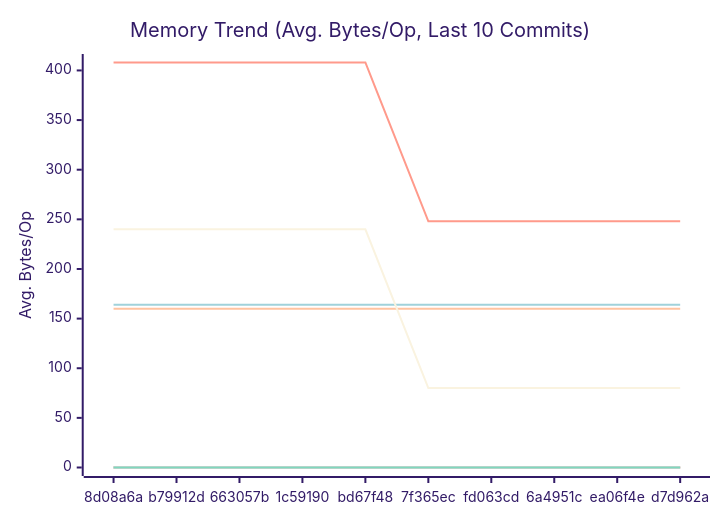
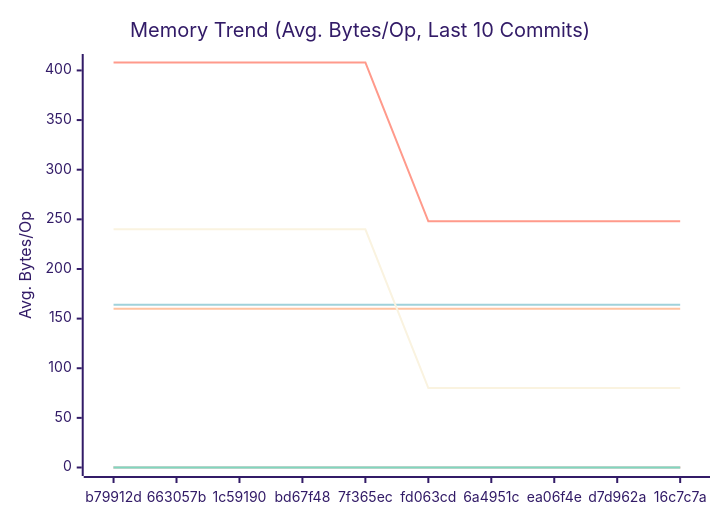
The second of 3 diagrams in docs/PERFORMANCE.md (alsotoes/momo), drawn with Mermaid (forest theme) before and after one commit. The commit also changed other lines of this file and 3 other files, not shown here.

````diff
--- a/docs/PERFORMANCE.md
+++ b/docs/PERFORMANCE.md
@@ -97,16 +97,16 @@
 ```mermaid
 xychart-beta
     title "Memory Trend (Avg. Bytes/Op, Last 10 Commits)"
     x-axis "Commit"
     y-axis "Avg. Bytes/Op"
-    x-axis [8d08a6a,b79912d,663057b,1c59190,bd67f48,7f365ec,fd063cd,6a4951c,ea06f4e,d7d962a]
+    x-axis [b79912d,663057b,1c59190,bd67f48,7f365ec,fd063cd,6a4951c,ea06f4e,d7d962a,16c7c7a]
     line "CheckMetricsAndSwap" [0,0,0,0,0,0,0,0,0,0]
     line "CrushOptimized" [0,0,0,0,0,0,0,0,0,0]
     line "CrushOriginal" [164,164,164,164,164,164,164,164,164,164]
     line "IndexDirectTracking" [0,0,0,0,0,0,0,0,0,0]
     line "IndexSearch" [0,0,0,0,0,0,0,0,0,0]
     line "LoadGlobalConfig" [160,160,160,160,160,160,160,160,160,160]
     line "PadString" [0,0,0,0,0,0,0,0,0,0]
     line "ParseReplicationOrder_NoPrealloc" [408,408,408,408,408,248,248,248,248,248]
     line "ParseReplicationOrder_Prealloc" [240,240,240,240,240,80,80,80,80,80]
 ```
````
